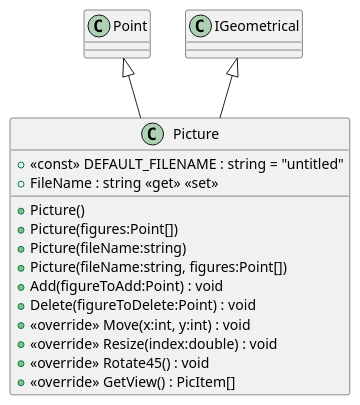
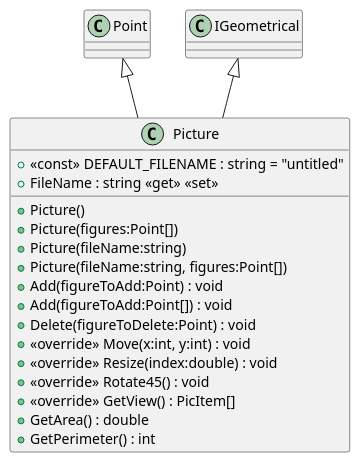
One commit to 19vano97/levelUpOOP changed the diagram in plantuml/20240701_HW_Inheritence/Picture.puml. Above: the diagram before and after it, drawn with PlantUML. The commit also changed 40 other files, not shown here.

```diff
--- a/plantuml/20240701_HW_Inheritence/Picture.puml
+++ b/plantuml/20240701_HW_Inheritence/Picture.puml
@@ -1,18 +1,21 @@
 @startuml
 class Picture {
     + <<const>> DEFAULT_FILENAME : string = "untitled"
     + Picture()
     + Picture(figures:Point[])
     + Picture(fileName:string)
     + Picture(fileName:string, figures:Point[])
     + FileName : string <<get>> <<set>>
     + Add(figureToAdd:Point) : void
+    + Add(figureToAdd:Point[]) : void
     + Delete(figureToDelete:Point) : void
     + <<override>> Move(x:int, y:int) : void
     + <<override>> Resize(index:double) : void
     + <<override>> Rotate45() : void
     + <<override>> GetView() : PicItem[]
+    + GetArea() : double
+    + GetPerimeter() : int
 }
 Point <|-- Picture
 IGeometrical <|-- Picture
 @enduml
```
